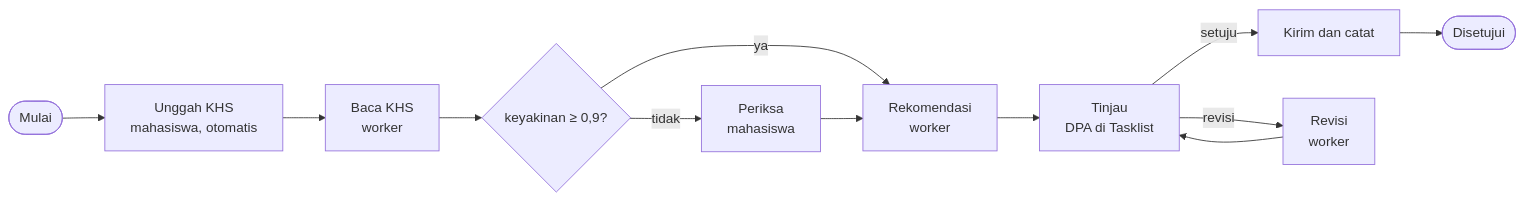
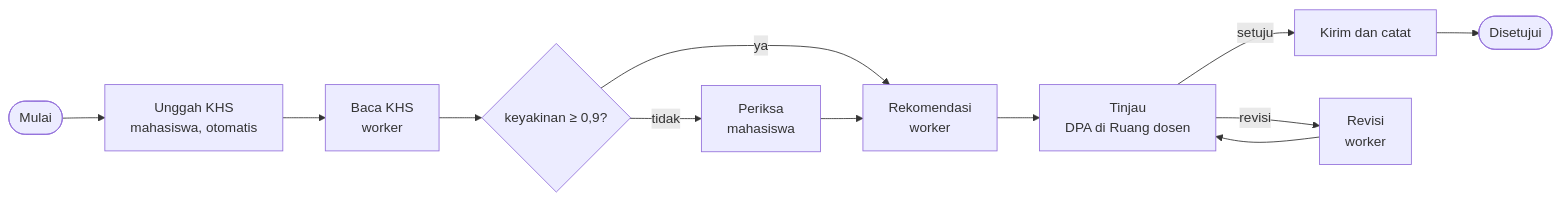
Before and after one commit to rapsz30/superapp-gateway: the diagram in docs/identity/13-proses-alurkerja-penuh.md, drawn with Mermaid. The commit also changed other lines of this file and 141 other files, not shown here.

````diff
--- a/docs/identity/13-proses-alurkerja-penuh.md
+++ b/docs/identity/13-proses-alurkerja-penuh.md
@@ -18,12 +18,12 @@
 ```mermaid
 flowchart LR
     S([Mulai]) --> U[Unggah KHS<br/>mahasiswa, otomatis]
     U --> B[Baca KHS<br/>worker]
     B --> G{keyakinan ≥ 0,9?}
     G -- ya --> R[Rekomendasi<br/>worker]
     G -- tidak --> P[Periksa<br/>mahasiswa]
     P --> R
-    R --> T[Tinjau<br/>DPA di Tasklist]
+    R --> T[Tinjau<br/>DPA di Ruang dosen]
     T -- setuju --> K[Kirim dan catat] --> E([Disetujui])
     T -- revisi --> V[Revisi<br/>worker] --> T
 ```
````
